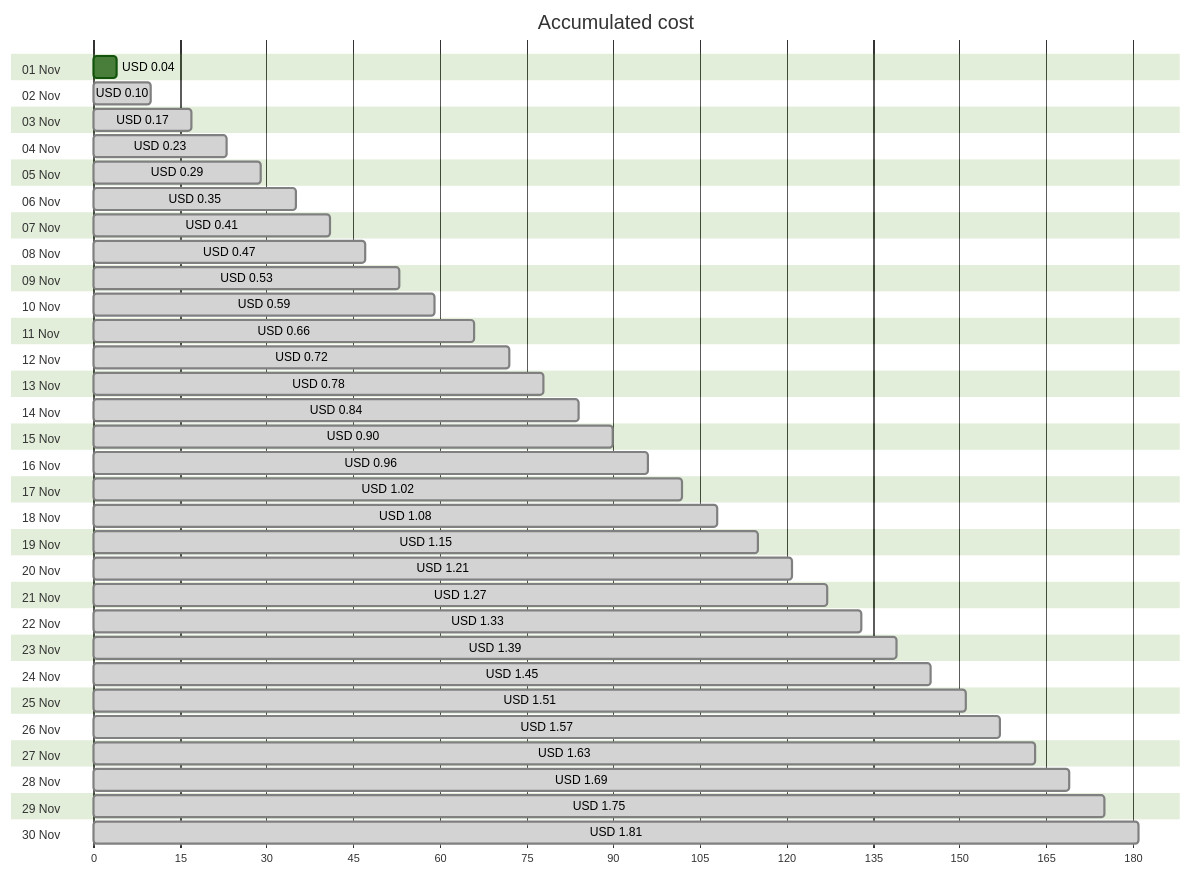
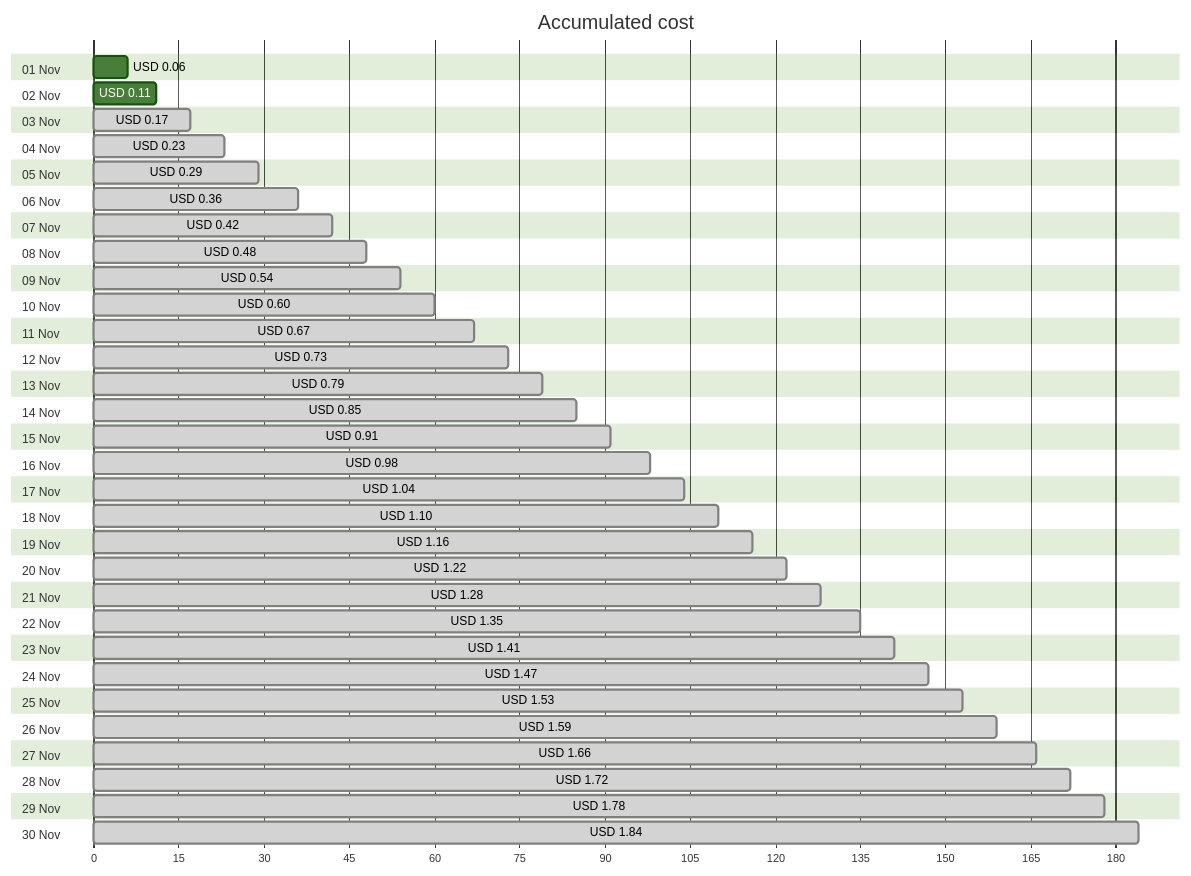
The first of 4 diagrams in cost-reports/personal-network/vpn-server_OsDisk.md (jpfulton/azure-personal-reports), drawn with Mermaid (forest theme) before and after one commit. The commit also changed other lines of this file and 8 other files, not shown here.

````diff
--- a/cost-reports/personal-network/vpn-server_OsDisk.md
+++ b/cost-reports/personal-network/vpn-server_OsDisk.md
@@ -20,66 +20,66 @@
 ```mermaid
 gantt
    title Accumulated cost
    dateFormat  X
    axisFormat %s
    section 01 Nov
-   USD 0.04 :0, 4
+   USD 0.06 :0, 6
    section 02 Nov
-   USD 0.10 : done, 0, 10
+   USD 0.11 :0, 11
    section 03 Nov
    USD 0.17 : done, 0, 17
    section 04 Nov
    USD 0.23 : done, 0, 23
    section 05 Nov
    USD 0.29 : done, 0, 29
    section 06 Nov
-   USD 0.35 : done, 0, 35
+   USD 0.36 : done, 0, 36
    section 07 Nov
-   USD 0.41 : done, 0, 41
+   USD 0.42 : done, 0, 42
    section 08 Nov
-   USD 0.47 : done, 0, 47
+   USD 0.48 : done, 0, 48
    section 09 Nov
-   USD 0.53 : done, 0, 53
+   USD 0.54 : done, 0, 54
    section 10 Nov
-   USD 0.59 : done, 0, 59
+   USD 0.60 : done, 0, 60
    section 11 Nov
-   USD 0.66 : done, 0, 66
+   USD 0.67 : done, 0, 67
    section 12 Nov
-   USD 0.72 : done, 0, 72
+   USD 0.73 : done, 0, 73
    section 13 Nov
-   USD 0.78 : done, 0, 78
+   USD 0.79 : done, 0, 79
    section 14 Nov
-   USD 0.84 : done, 0, 84
+   USD 0.85 : done, 0, 85
    section 15 Nov
-   USD 0.90 : done, 0, 90
+   USD 0.91 : done, 0, 91
    section 16 Nov
-   USD 0.96 : done, 0, 96
+   USD 0.98 : done, 0, 98
    section 17 Nov
-   USD 1.02 : done, 0, 102
+   USD 1.04 : done, 0, 104
    section 18 Nov
-   USD 1.08 : done, 0, 108
+   USD 1.10 : done, 0, 110
    section 19 Nov
-   USD 1.15 : done, 0, 115
+   USD 1.16 : done, 0, 116
    section 20 Nov
-   USD 1.21 : done, 0, 121
+   USD 1.22 : done, 0, 122
    section 21 Nov
-   USD 1.27 : done, 0, 127
+   USD 1.28 : done, 0, 128
    section 22 Nov
-   USD 1.33 : done, 0, 133
+   USD 1.35 : done, 0, 135
    section 23 Nov
-   USD 1.39 : done, 0, 139
+   USD 1.41 : done, 0, 141
    section 24 Nov
-   USD 1.45 : done, 0, 145
+   USD 1.47 : done, 0, 147
    section 25 Nov
-   USD 1.51 : done, 0, 151
+   USD 1.53 : done, 0, 153
    section 26 Nov
-   USD 1.57 : done, 0, 157
+   USD 1.59 : done, 0, 159
    section 27 Nov
-   USD 1.63 : done, 0, 163
+   USD 1.66 : done, 0, 166
    section 28 Nov
-   USD 1.69 : done, 0, 169
+   USD 1.72 : done, 0, 172
    section 29 Nov
-   USD 1.75 : done, 0, 175
+   USD 1.78 : done, 0, 178
    section 30 Nov
-   USD 1.81 : done, 0, 181
+   USD 1.84 : done, 0, 184
 ```
````
